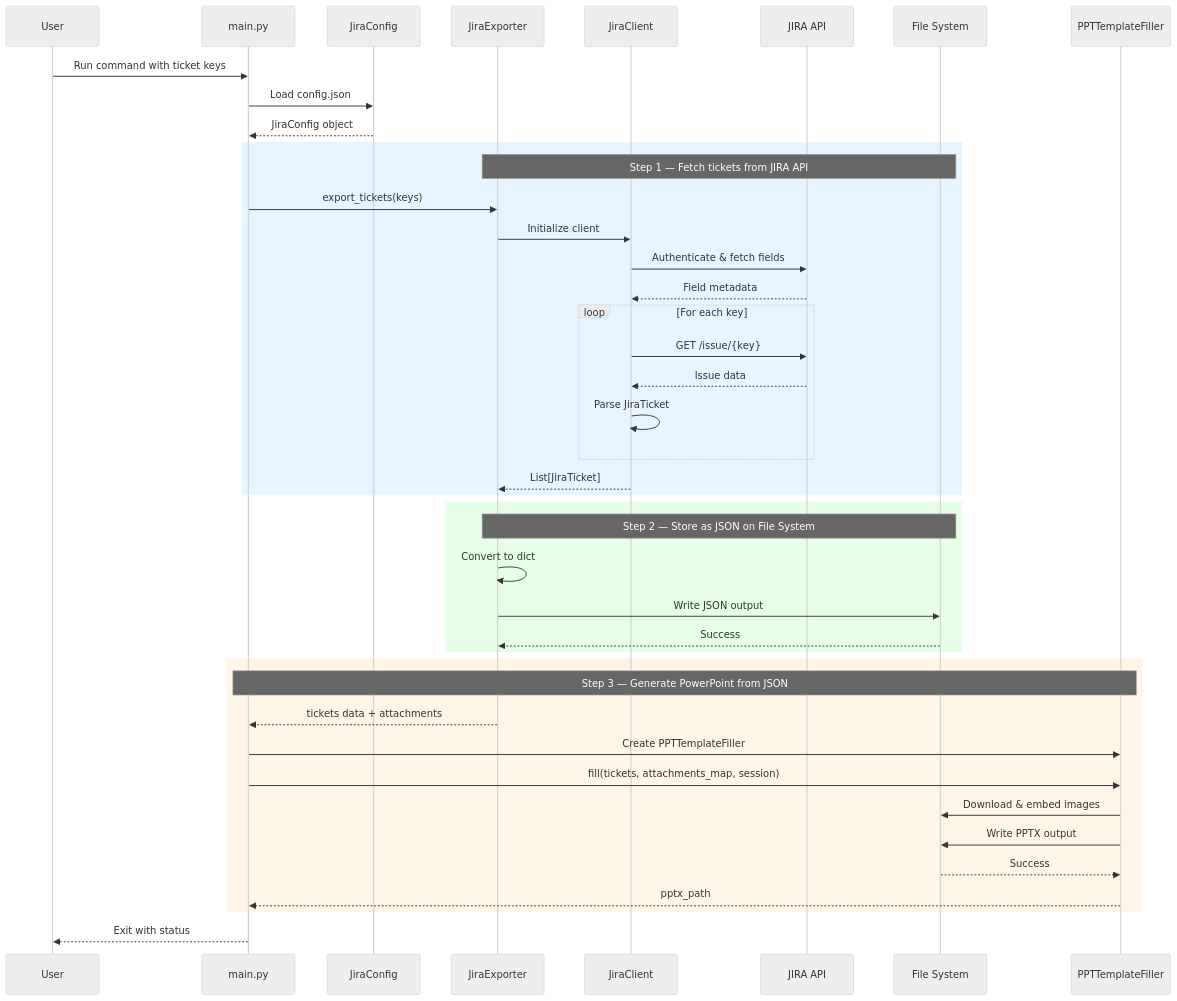
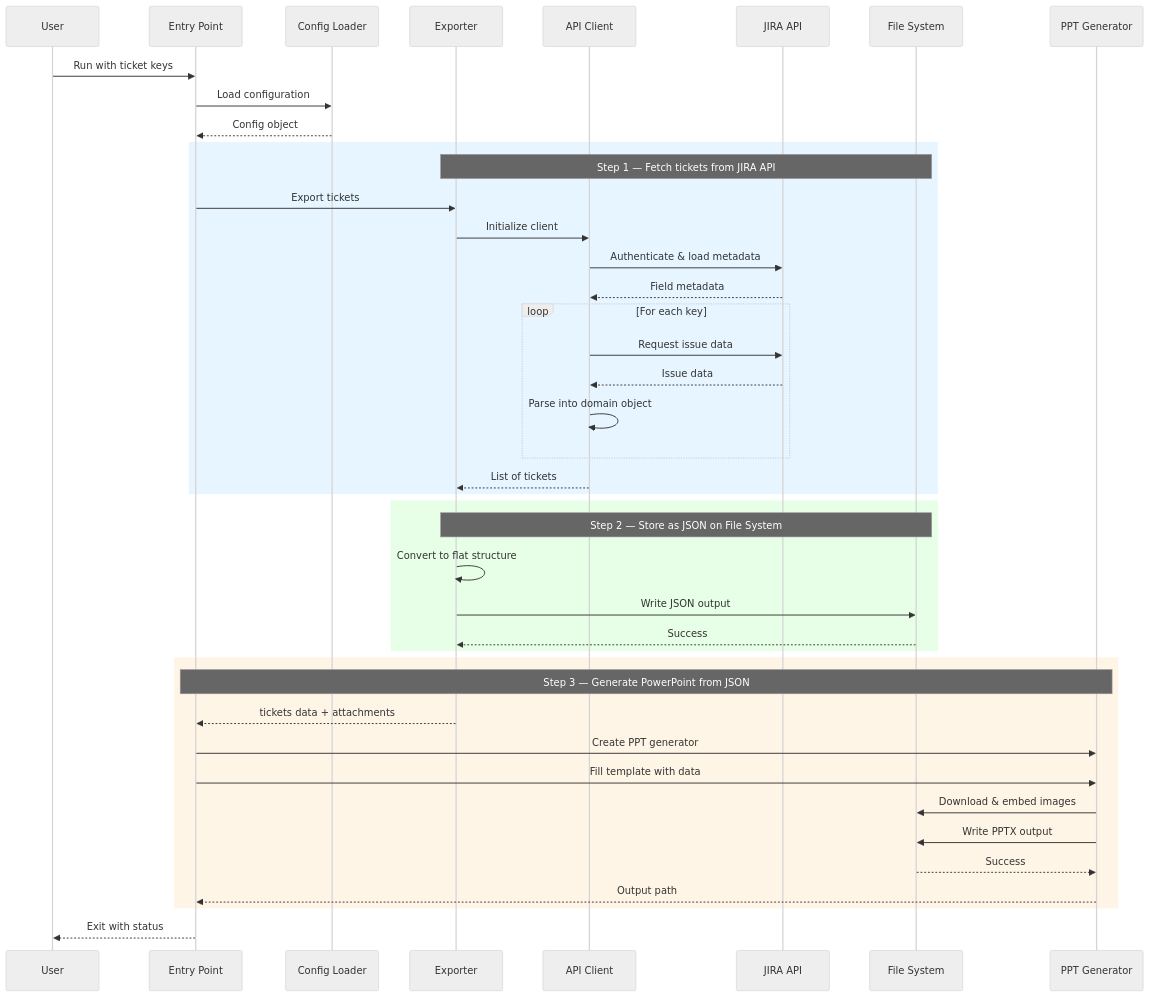
One commit to baochen-rw/JIRA-exporter changed the diagram in design/general design.md. Above: the diagram before and after it, drawn with Mermaid (neutral theme). The commit also changed other lines of this file and 14 other files, not shown here.

````diff
--- a/design/general design.md
+++ b/design/general design.md
@@ -48,49 +1,49 @@
 ```mermaid
 sequenceDiagram
     participant U as User
-    participant M as main.py
-    participant C as JiraConfig
-    participant E as JiraExporter
-    participant J as JiraClient
+    participant M as Entry Point
+    participant C as Config Loader
+    participant E as Exporter
+    participant J as API Client
     participant API as JIRA API
     participant F as File System
-    participant P as PPTTemplateFiller
-    
-    U->>M: Run command with ticket keys
-    M->>C: Load config.json
-    C-->>M: JiraConfig object
-    
+    participant P as PPT Generator
+
+    U->>M: Run with ticket keys
+    M->>C: Load configuration
+    C-->>M: Config object
+
     rect rgb(230, 245, 255)
     Note over E,F: Step 1 — Fetch tickets from JIRA API
-    M->>E: export_tickets(keys)
+    M->>E: Export tickets
     E->>J: Initialize client
-    J->>API: Authenticate & fetch fields
+    J->>API: Authenticate & load metadata
     API-->>J: Field metadata
     loop For each key
-        J->>API: GET /issue/{key}
+        J->>API: Request issue data
         API-->>J: Issue data
-        J->>J: Parse JiraTicket
+        J->>J: Parse into domain object
     end
-    J-->>E: List[JiraTicket]
+    J-->>E: List of tickets
     end
-    
+
     rect rgb(230, 255, 230)
     Note over E,F: Step 2 — Store as JSON on File System
-    E->>E: Convert to dict
+    E->>E: Convert to flat structure
     E->>F: Write JSON output
     F-->>E: Success
     end
-    
+
     rect rgb(255, 245, 230)
     Note over M,P: Step 3 — Generate PowerPoint from JSON
     E-->>M: tickets data + attachments
-    M->>P: Create PPTTemplateFiller
-    M->>P: fill(tickets, attachments_map, session)
+    M->>P: Create PPT generator
+    M->>P: Fill template with data
     P->>F: Download & embed images
     P->>F: Write PPTX output
     F-->>P: Success
-    P-->>M: pptx_path
+    P-->>M: Output path
     end
-    
+
     M-->>U: Exit with status
 ```
````
